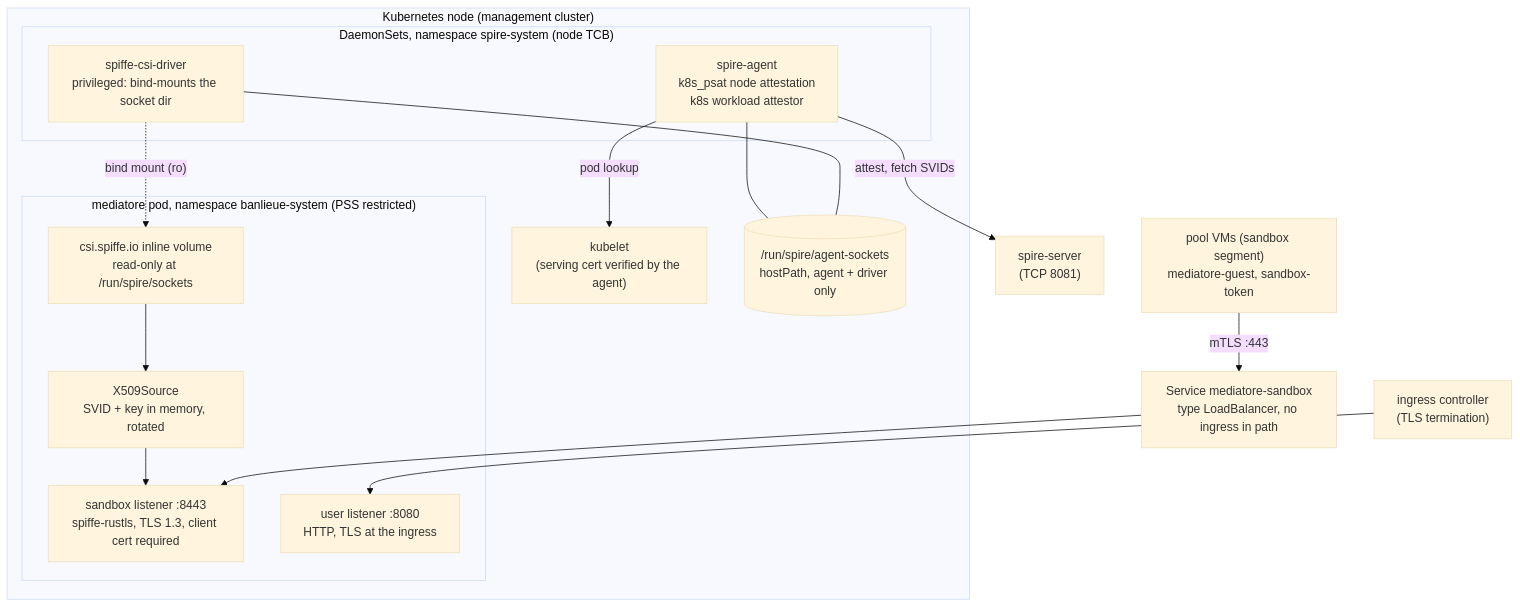
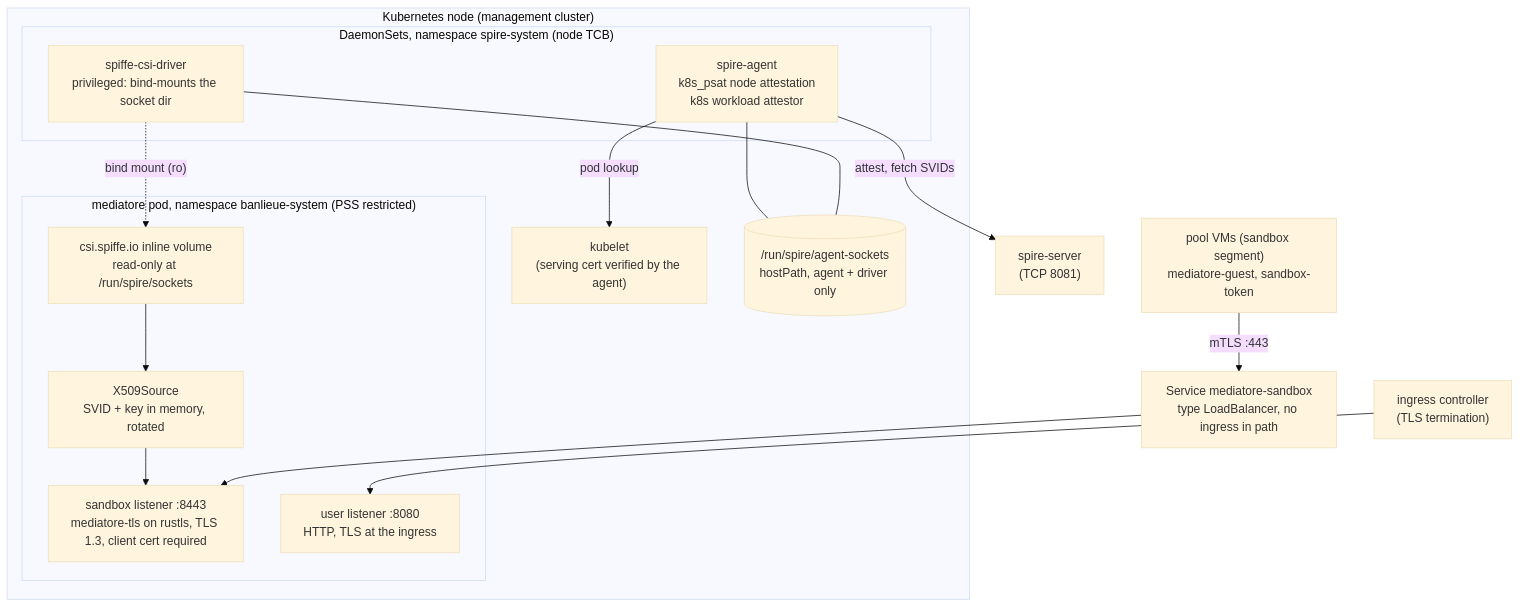
One commit to firestoned/mediatore changed the first of 2 diagrams in docs/adr/0007-broker-identity-and-spiffe-mtls.md. Above: the diagram before and after it, drawn with Mermaid (base theme). The commit also changed other lines of this file and 33 other files, not shown here.

First line of the commit message:
feat(tls): SPIFFE mTLS on the sandbox listener; broker SVID from the Workload API (ADR-0007) (#21)

````diff
--- a/docs/adr/0007-broker-identity-and-spiffe-mtls.md
+++ b/docs/adr/0007-broker-identity-and-spiffe-mtls.md
@@ -75,29 +90,29 @@
 ```mermaid
 flowchart TB
   subgraph node ["Kubernetes node (management cluster)"]
     kubelet["kubelet<br/>(serving cert verified by the agent)"]
     subgraph ds ["DaemonSets, namespace spire-system (node TCB)"]
       agent["spire-agent<br/>k8s_psat node attestation<br/>k8s workload attestor"]
       csi["spiffe-csi-driver<br/>privileged: bind-mounts the socket dir"]
     end
     sockdir[("/run/spire/agent-sockets<br/>hostPath, agent + driver only")]
     subgraph pod ["mediatore pod, namespace banlieue-system (PSS restricted)"]
       vol["csi.spiffe.io inline volume<br/>read-only at /run/spire/sockets"]
       src["X509Source<br/>SVID + key in memory, rotated"]
-      l8443["sandbox listener :8443<br/>spiffe-rustls, TLS 1.3, client cert required"]
+      l8443["sandbox listener :8443<br/>mediatore-tls on rustls, TLS 1.3, client cert required"]
       l8080["user listener :8080<br/>HTTP, TLS at the ingress"]
       vol --> src --> l8443
     end
     agent --- sockdir
     csi --- sockdir
     csi -. "bind mount (ro)" .-> vol
     agent -- "pod lookup" --> kubelet
   end
   srv["spire-server<br/>(TCP 8081)"]
   agent -- "attest, fetch SVIDs" --> srv
   lb["Service mediatore-sandbox<br/>type LoadBalancer, no ingress in path"]
   ing["ingress controller<br/>(TLS termination)"]
   vm["pool VMs (sandbox segment)<br/>mediatore-guest, sandbox-token"]
   vm -- "mTLS :443" --> lb --> l8443
   ing --> l8080
 ```
````
